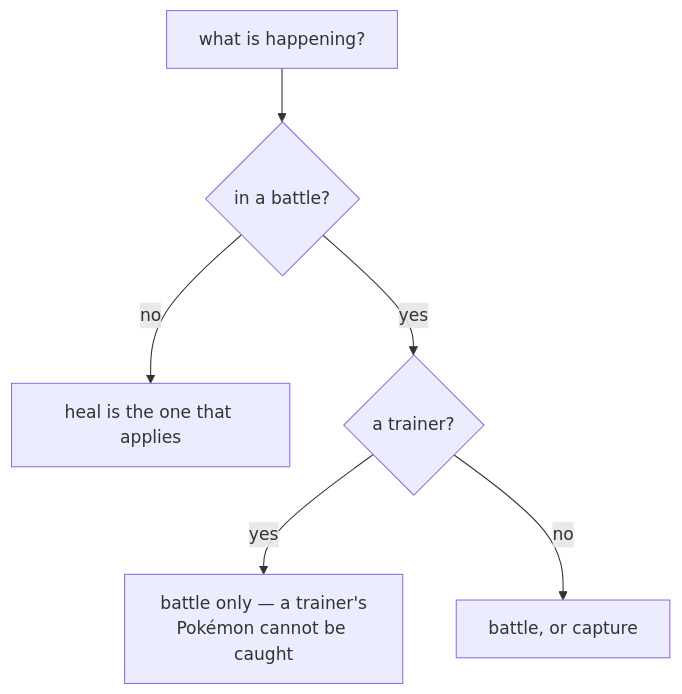
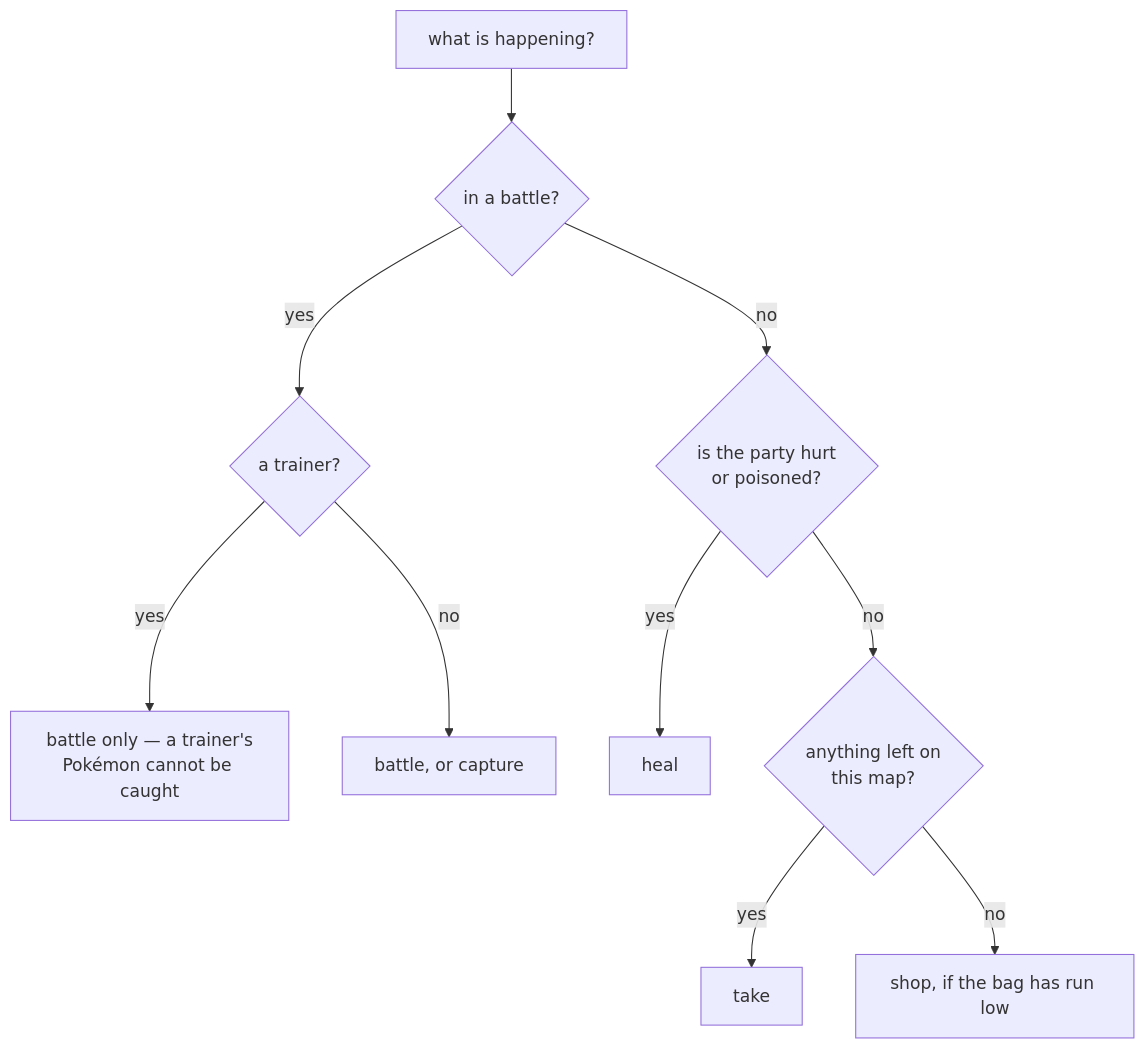
The eighth of 14 diagrams in docs/CODE.md (minormending/crystal-pilot), drawn with Mermaid before and after one commit. The commit also changed other lines of this file and 3 other files, not shown here.

````diff
--- a/docs/CODE.md
+++ b/docs/CODE.md
@@ -589,8 +939,12 @@
 ```mermaid
 flowchart TD
     A["what is happening?"] --> B{"in a battle?"}
-    B -- no --> HEAL["heal is the one that applies"]
     B -- yes --> T{"a trainer?"}
     T -- yes --> ONLYB["battle only — a trainer's<br/>Pokémon cannot be caught"]
     T -- no --> BOTH["battle, or capture"]
+    B -- no --> M{"is the party hurt<br/>or poisoned?"}
+    M -- yes --> HEAL["heal"]
+    M -- no --> N{"anything left on<br/>this map?"}
+    N -- yes --> TAKE["take"]
+    N -- no --> SHOP["shop, if the bag has run low"]
 ```
````
